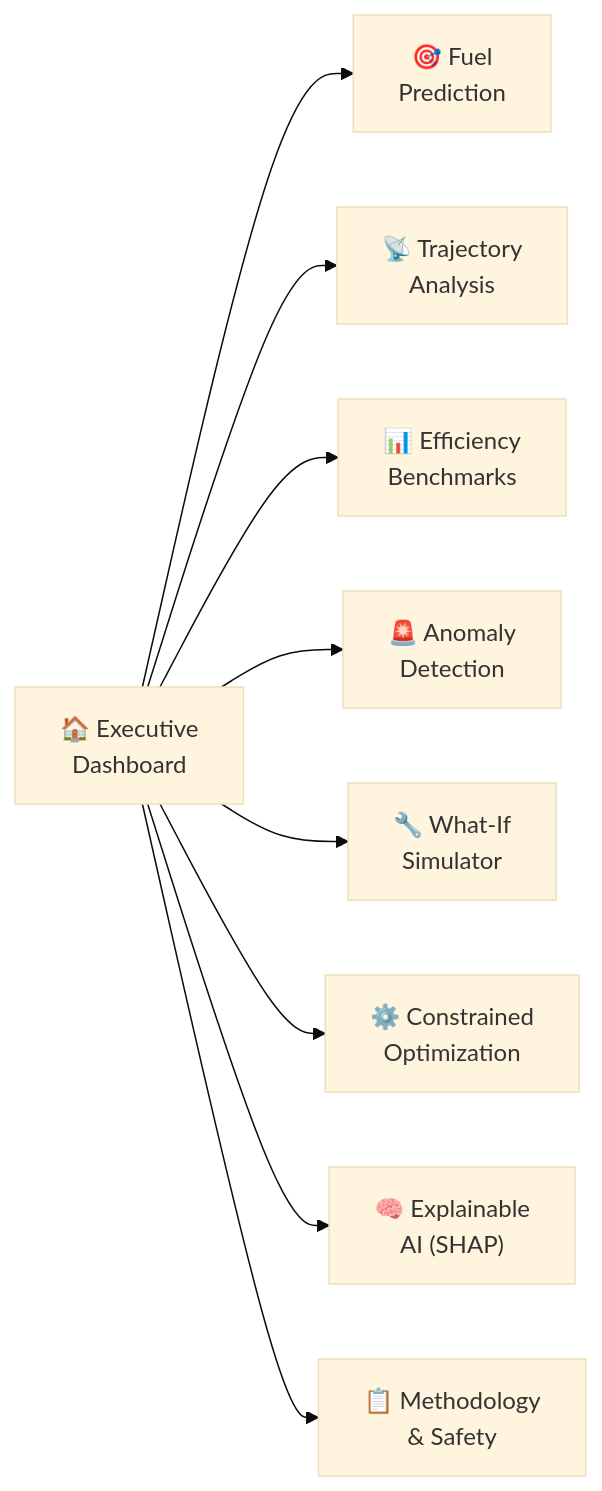
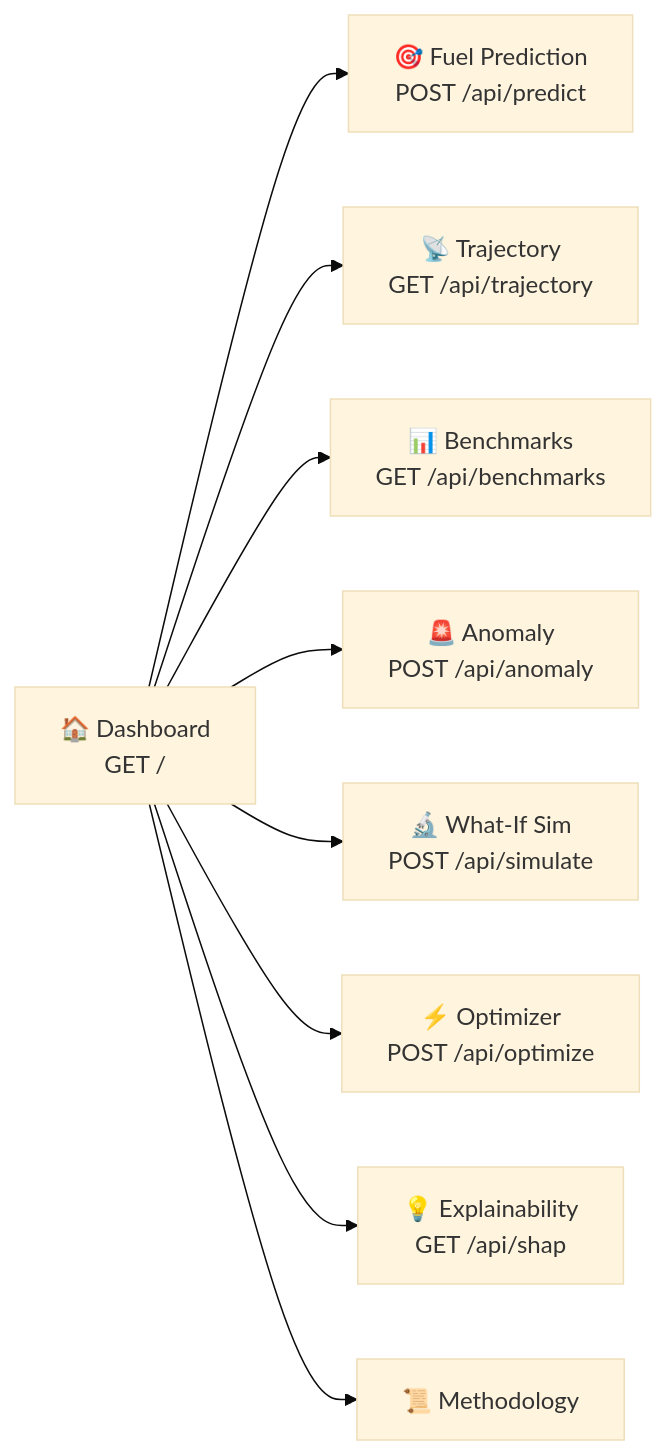
The third of 4 diagrams in README.md (tayade-aniket/flight_fuel_optimization_assistant), drawn with Mermaid (base theme) before and after one commit. The commit also changed other lines of this file and 1 other file, not shown here.

````diff
--- a/README.md
+++ b/README.md
@@ -269,11 +246,11 @@
 ```mermaid
 flowchart LR
-    A["🏠 Executive\nDashboard"] --> B["🎯 Fuel\nPrediction"]
-    A --> C["📡 Trajectory\nAnalysis"]
-    A --> D["📊 Efficiency\nBenchmarks"]
-    A --> E["🚨 Anomaly\nDetection"]
-    A --> F["🔧 What-If\nSimulator"]
-    A --> G["⚙️ Constrained\nOptimization"]
-    A --> H["🧠 Explainable\nAI (SHAP)"]
-    A --> I["📋 Methodology\n& Safety"]
+    A["🏠 Dashboard\nGET /"] --> B["🎯 Fuel Prediction\nPOST /api/predict"]
+    A --> C["📡 Trajectory\nGET /api/trajectory"]
+    A --> D["📊 Benchmarks\nGET /api/benchmarks"]
+    A --> E["🚨 Anomaly\nPOST /api/anomaly"]
+    A --> F["🔬 What-If Sim\nPOST /api/simulate"]
+    A --> G["⚡ Optimizer\nPOST /api/optimize"]
+    A --> H["💡 Explainability\nGET /api/shap"]
+    A --> I["📜 Methodology"]
 ```
````
